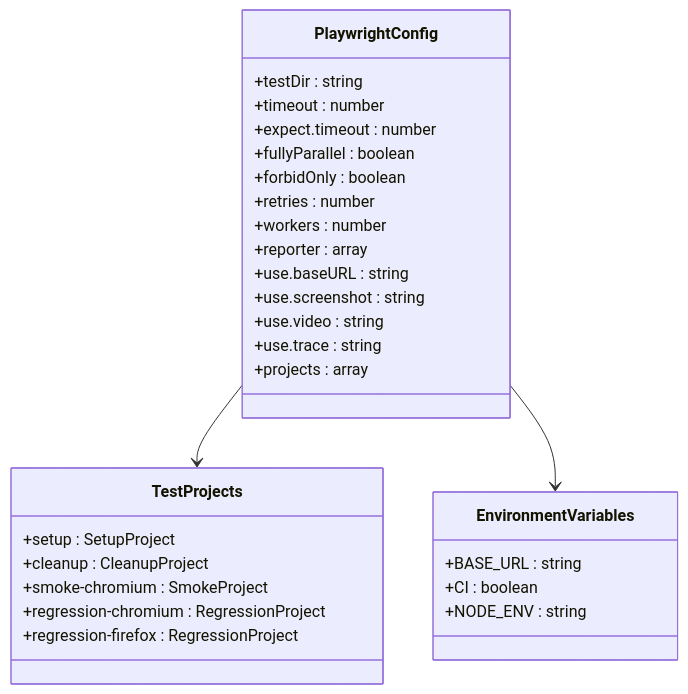
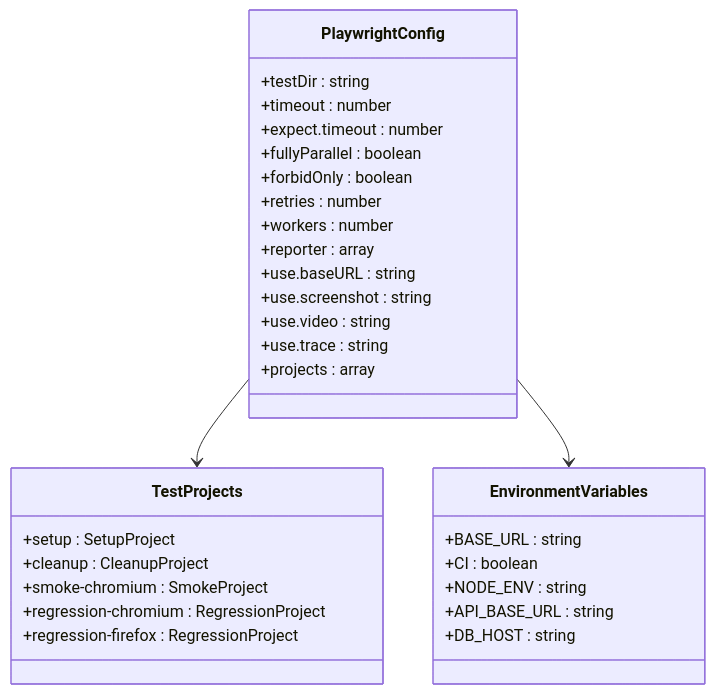
One commit to zzgoviziwind/--playwright changed the third of 10 diagrams in .qoder/repowiki/zh/content/部署和运维/环境配置管理.md. Above: the diagram before and after it, drawn with Mermaid. The commit also changed other lines of this file and 112 other files, not shown here.

````diff
--- a/.qoder/repowiki/zh/content/部署和运维/环境配置管理.md
+++ b/.qoder/repowiki/zh/content/部署和运维/环境配置管理.md
@@ -168,32 +185,34 @@
 ```mermaid
 classDiagram
 class PlaywrightConfig {
 +testDir : string
 +timeout : number
 +expect.timeout : number
 +fullyParallel : boolean
 +forbidOnly : boolean
 +retries : number
 +workers : number
 +reporter : array
 +use.baseURL : string
 +use.screenshot : string
 +use.video : string
 +use.trace : string
 +projects : array
 }
 class TestProjects {
 +setup : SetupProject
 +cleanup : CleanupProject
 +smoke-chromium : SmokeProject
 +regression-chromium : RegressionProject
 +regression-firefox : RegressionProject
 }
 class EnvironmentVariables {
 +BASE_URL : string
 +CI : boolean
 +NODE_ENV : string
++API_BASE_URL : string
++DB_HOST : string
 }
 PlaywrightConfig --> TestProjects
 PlaywrightConfig --> EnvironmentVariables
 ```
````
